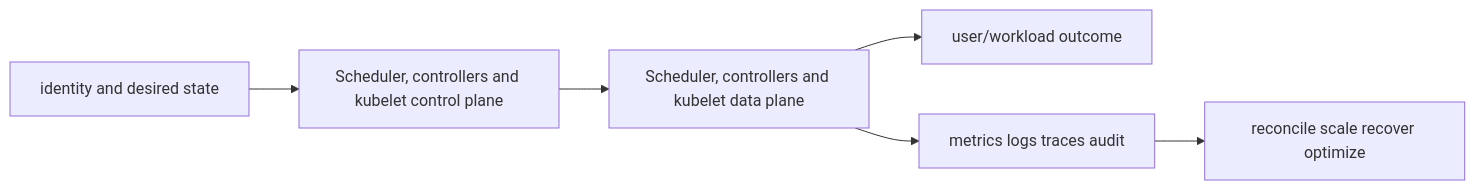
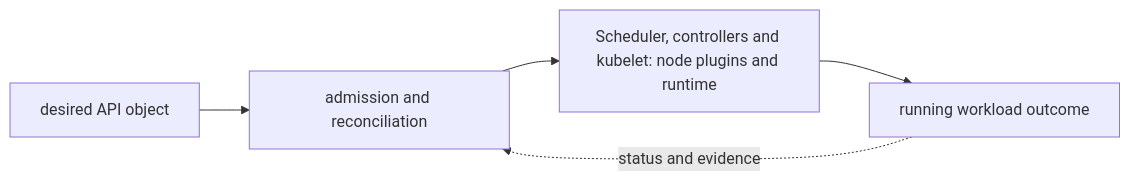
Before and after one commit to tomkidumbuyo/DevOps-interview-preparation: the diagram in 06-kubernetes/01-architecture/02-scheduler-controllers-kubelet/README.md, drawn with Mermaid. The commit also changed other lines of this file and 753 other files, not shown here.

````diff
--- a/06-kubernetes/01-architecture/02-scheduler-controllers-kubelet/README.md
+++ b/06-kubernetes/01-architecture/02-scheduler-controllers-kubelet/README.md
@@ -19,8 +31,7 @@
 ```mermaid
 flowchart LR
-  I[identity and desired state] --> C[Scheduler, controllers and kubelet control plane]
-  C --> D[Scheduler, controllers and kubelet data plane]
-  D --> U[user/workload outcome]
-  D --> O[metrics logs traces audit]
-  O --> R[reconcile scale recover optimize]
+  A["desired API object"] --> B["admission and reconciliation"]
+  B --> C["Scheduler, controllers and kubelet: node plugins and runtime"]
+  C --> D["running workload outcome"]
+  D -. "status and evidence" .-> B
 ```
````
